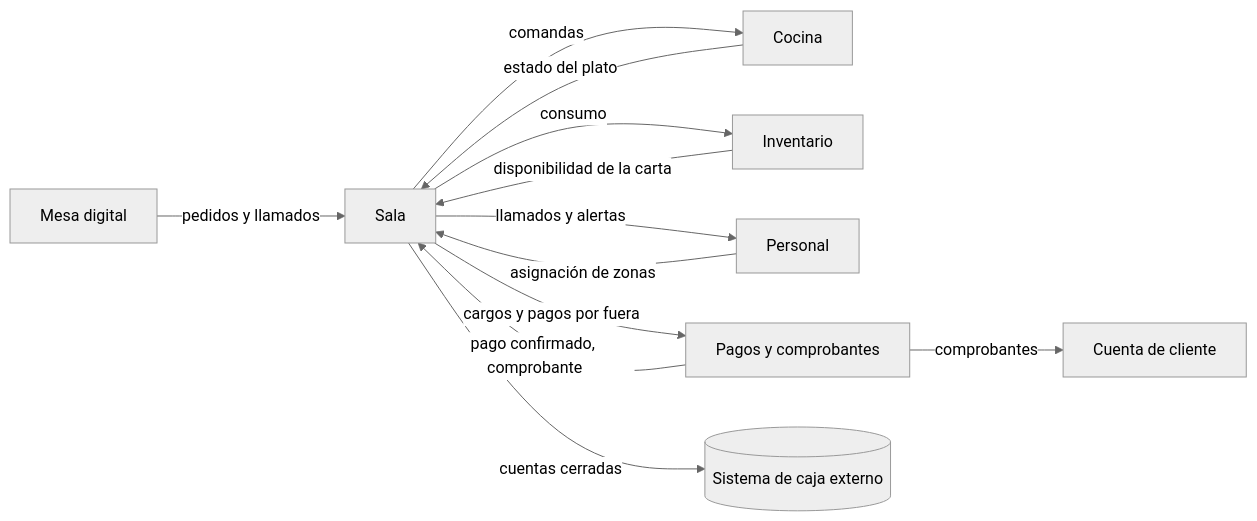
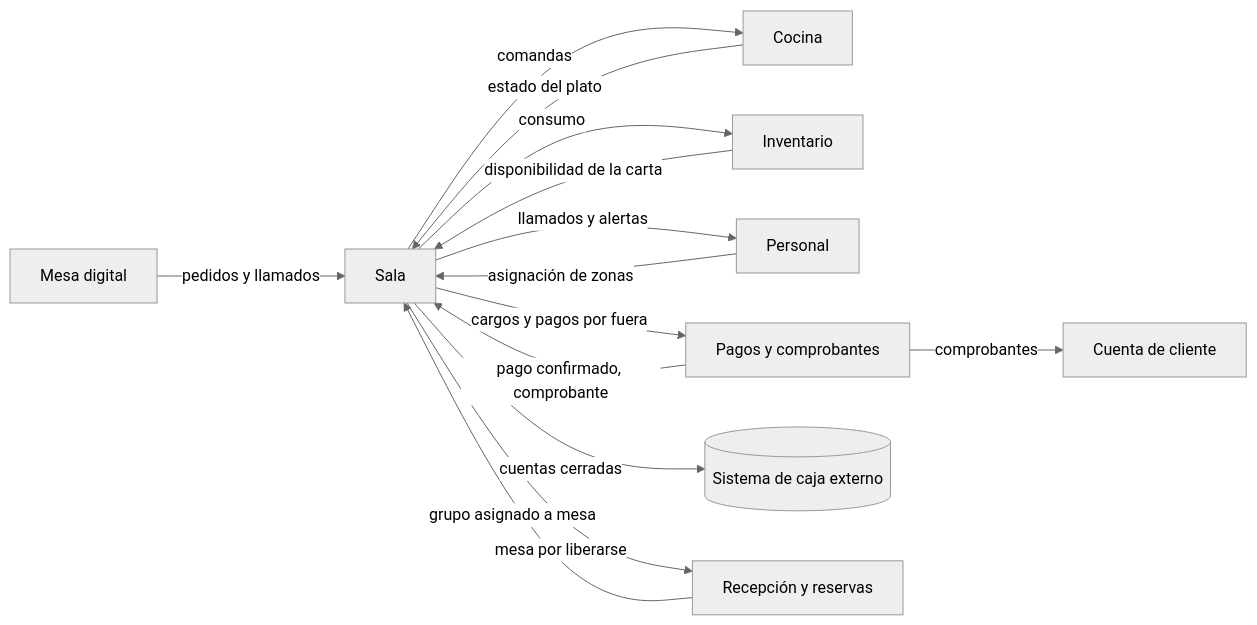
Before and after one commit to milkmantree/hungria: the second of 2 diagrams in docs/modulos/README.md, drawn with Mermaid (neutral theme). The commit also changed other lines of this file and 15 other files, not shown here.

````diff
--- a/docs/modulos/README.md
+++ b/docs/modulos/README.md
@@ -47,14 +49,16 @@
 ```mermaid
 flowchart LR
     S[Sala] -->|comandas| CO[Cocina]
     CO -->|estado del plato| S
     MD[Mesa digital] -->|pedidos y llamados| S
     S -->|consumo| IN[Inventario]
     IN -->|disponibilidad de la carta| S
     PE[Personal] -->|asignación de zonas| S
     S -->|llamados y alertas| PE
     S -->|cargos y pagos por fuera| PA[Pagos y comprobantes]
     PA -->|pago confirmado, comprobante| S
     PA -->|comprobantes| CC[Cuenta de cliente]
     S -->|cuentas cerradas| CJ[(Sistema de caja externo)]
+    RR[Recepción y reservas] -->|grupo asignado a mesa| S
+    S -->|mesa por liberarse| RR
 ```
````
